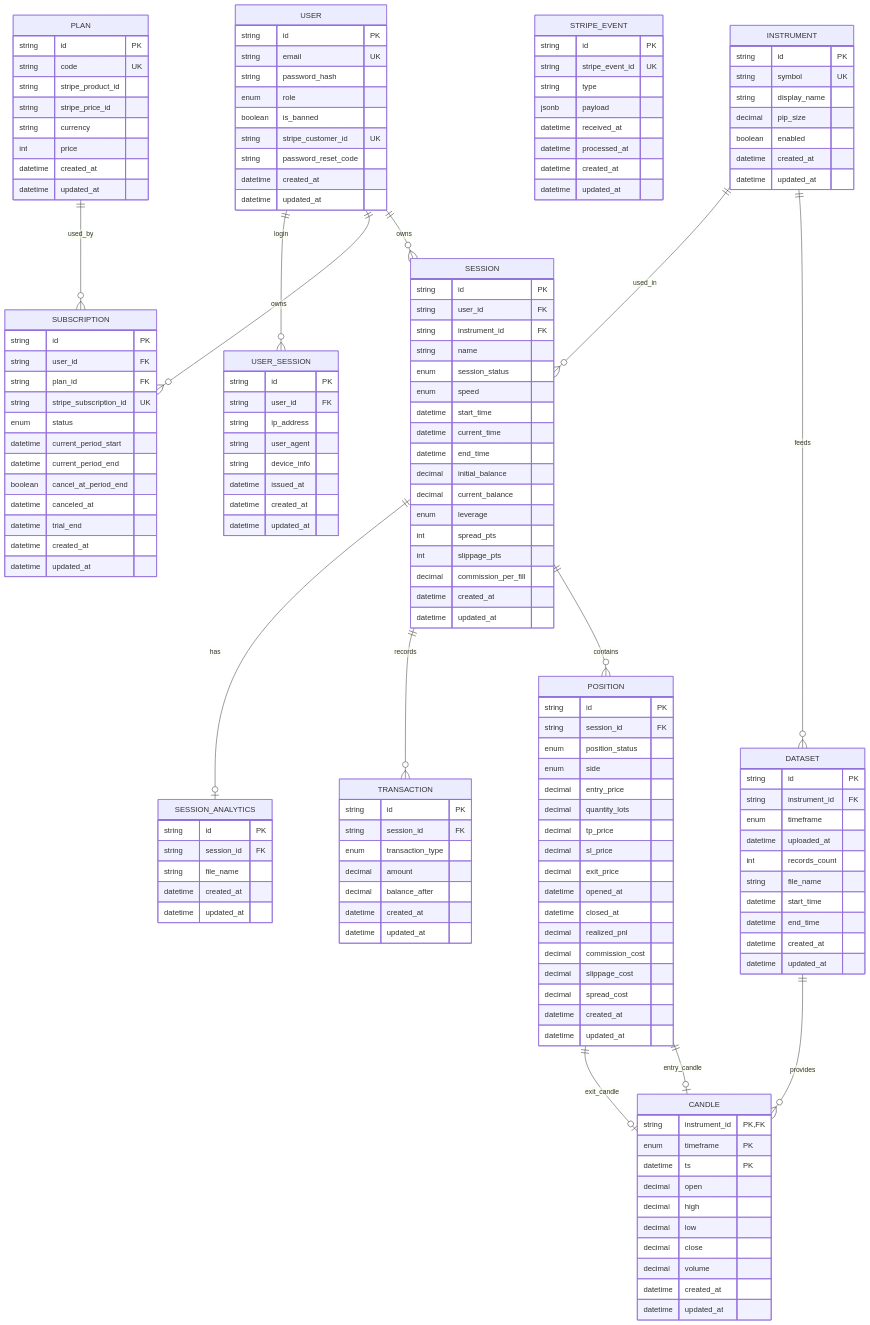
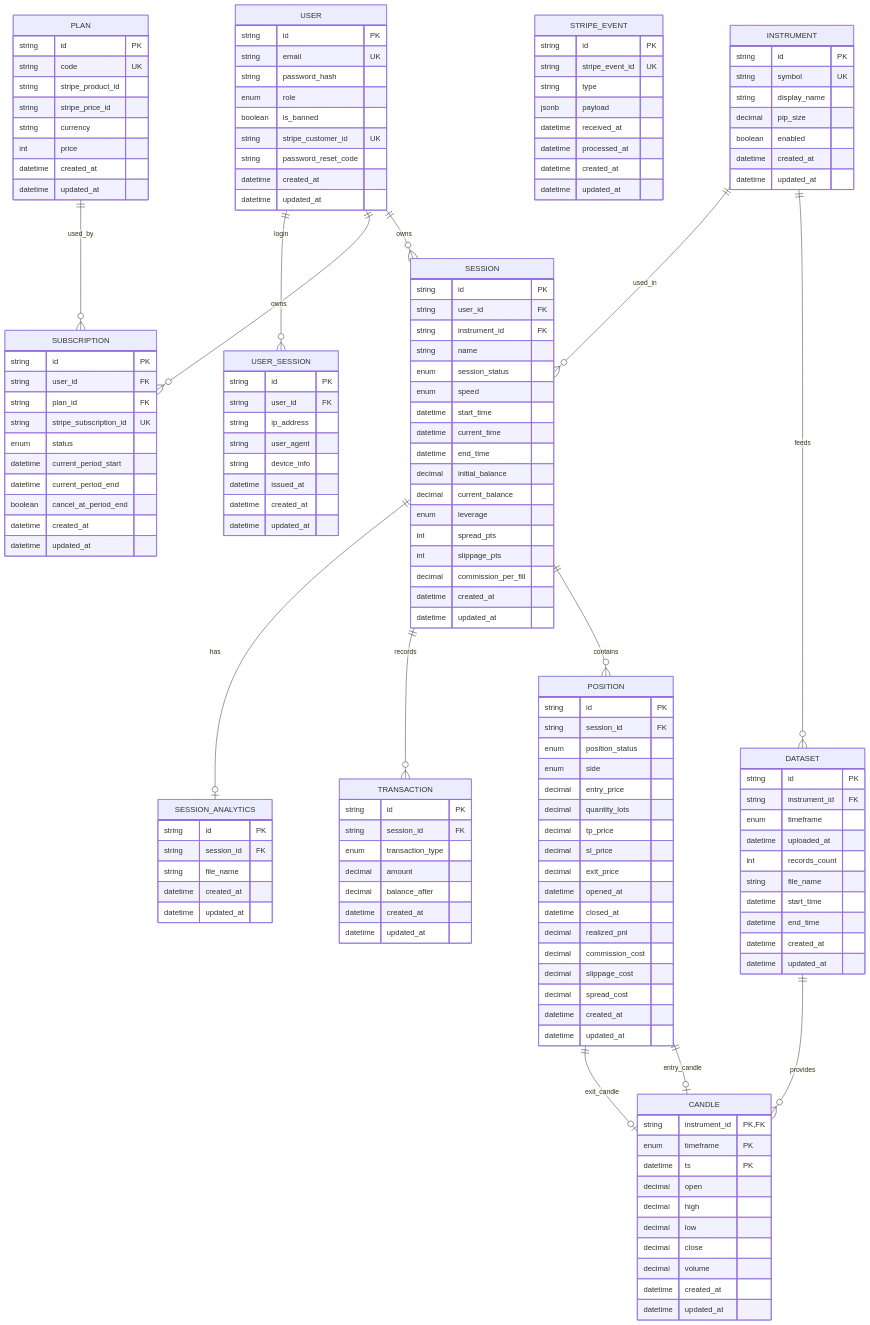
The diagram in documentation/db/er-diagram.mmd (DamienReichhart/BackTrade), drawn with Mermaid before and after one commit. The commit also changed 39 other files, not shown here.

```diff
--- a/documentation/db/er-diagram.mmd
+++ b/documentation/db/er-diagram.mmd
@@ -1,181 +1,179 @@
 erDiagram
     %% =========================
     %% ENUMS (defined in code)
     %% =========================
     %% role: ANONYMOUS | ADMIN
     %% session_status: RUNNING | PAUSED | ARCHIVED
     %% position_status: OPEN | CLOSED | LIQUIDATED
     %% timeframe: M1 | M5 | M10 | M15 | M30 | H1 | H2 | H4 | D1 | W1
     %% side: BUY | SELL
     %% speed: 0.5x | 1x | 2x | 3x | 5x | 10x | 15x
     %% leverage: 1x | 50x | 100x | 200x | 500x | 1000x
     %% transaction_type: DEPOSIT | WITHDRAWAL | COMMISSION | PNL | SLIPPAGE | SPREAD | ADJUSTMENT
 
     USER {
       string id PK
       string email UK
       string password_hash
       enum role
       boolean is_banned
       string stripe_customer_id UK
       string password_reset_code
       datetime created_at
       datetime updated_at
     }
 
     USER_SESSION {
       string id PK
       string user_id FK
       string ip_address
       string user_agent
       string device_info
       datetime issued_at
       datetime created_at
       datetime updated_at
     }
 
     PLAN {
       string id PK
       string code UK
       string stripe_product_id
       string stripe_price_id
       string currency
       int price
       datetime created_at
       datetime updated_at
     }
 
     SUBSCRIPTION {
       string id PK
       string user_id FK
       string plan_id FK
       string stripe_subscription_id UK
       enum status
       datetime current_period_start
       datetime current_period_end
       boolean cancel_at_period_end
-      datetime canceled_at
-      datetime trial_end
       datetime created_at
       datetime updated_at
     }
 
     STRIPE_EVENT {
       string id PK
       string stripe_event_id UK
       string type
       jsonb payload
       datetime received_at
       datetime processed_at
       datetime created_at
       datetime updated_at
     }
 
     INSTRUMENT {
       string id PK
       string symbol UK
       string display_name
       decimal pip_size
       boolean enabled
       datetime created_at
       datetime updated_at
     }
 
     DATASET {
       string id PK
       string instrument_id FK
       enum timeframe
       datetime uploaded_at
       int records_count
       string file_name
       datetime start_time
       datetime end_time
       datetime created_at
       datetime updated_at
     }
 
     CANDLE {
       string instrument_id PK, FK
       enum timeframe PK
       datetime ts PK
       decimal open
       decimal high
       decimal low
       decimal close
       decimal volume
       datetime created_at
       datetime updated_at
     }
 
     SESSION {
       string id PK
       string user_id FK
       string instrument_id FK
       string name
       enum session_status
       enum speed
       datetime start_time
       datetime current_time
       datetime end_time
       decimal initial_balance
       decimal current_balance
       enum leverage
       int spread_pts
       int slippage_pts
       decimal commission_per_fill
       datetime created_at
       datetime updated_at
     }
 
     POSITION {
       string id PK
       string session_id FK
       enum position_status
       enum side
       decimal entry_price
       decimal quantity_lots
       decimal tp_price
       decimal sl_price
       decimal exit_price
       datetime opened_at
       datetime closed_at
       decimal realized_pnl
       decimal commission_cost
       decimal slippage_cost
       decimal spread_cost
       datetime created_at
       datetime updated_at
     }
 
     TRANSACTION {
       string id PK
       string session_id FK
       enum transaction_type
       decimal amount
       decimal balance_after
       datetime created_at
       datetime updated_at
     }
 
     SESSION_ANALYTICS {
       string id PK
       string session_id FK
       string file_name
       datetime created_at
       datetime updated_at
     }
 
 
 
     USER ||--o{ SESSION : "owns"
     USER ||--o{ SUBSCRIPTION : "owns"
     PLAN ||--o{ SUBSCRIPTION : "used_by"
     INSTRUMENT ||--o{ DATASET : "feeds"
     INSTRUMENT ||--o{ SESSION : "used_in"
     SESSION ||--o{ POSITION : "contains"
     DATASET ||--o{ CANDLE : "provides"
     SESSION ||--o{ TRANSACTION : "records"
     USER ||--o{ USER_SESSION : "login"
     POSITION ||--o| CANDLE : "entry_candle"
     POSITION ||--o| CANDLE : "exit_candle"
     SESSION ||--o| SESSION_ANALYTICS : "has"
```
